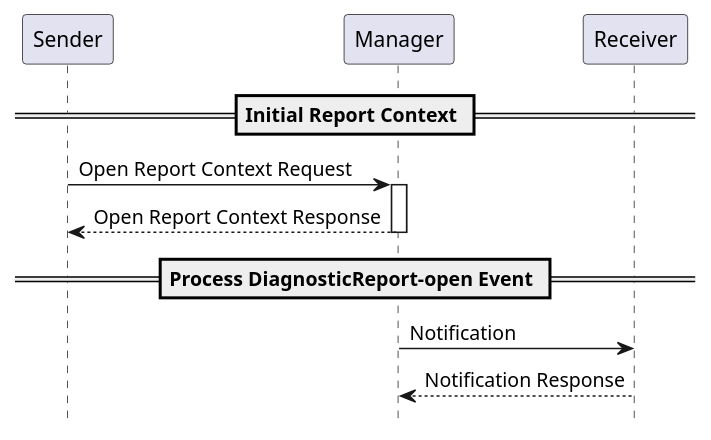
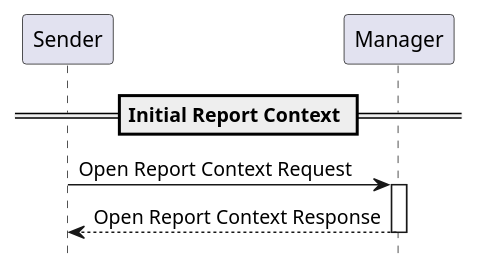
Before and after one commit to IHE/RAD.IRA: the diagram in input/images-source/rad-x3-seq.plantuml, drawn with PlantUML. The commit also changed 3 other files, not shown here.

```diff
--- a/input/images-source/rad-x3-seq.plantuml
+++ b/input/images-source/rad-x3-seq.plantuml
@@ -1,20 +1,15 @@
 @startuml
 
 hide footbox
 
 participant "Sender" as Sender
 participant "Manager" as Manager
-participant "Receiver" as Receiver
 
 == Initial Report Context ==
 
 Sender->Manager: Open Report Context Request
 activate Manager
 Manager-->Sender: Open Report Context Response
 deactivate Manager
 
-== Process DiagnosticReport-open Event ==
-Manager->Receiver: Notification
-Receiver-->Manager: Notification Response
-
 @enduml
```
